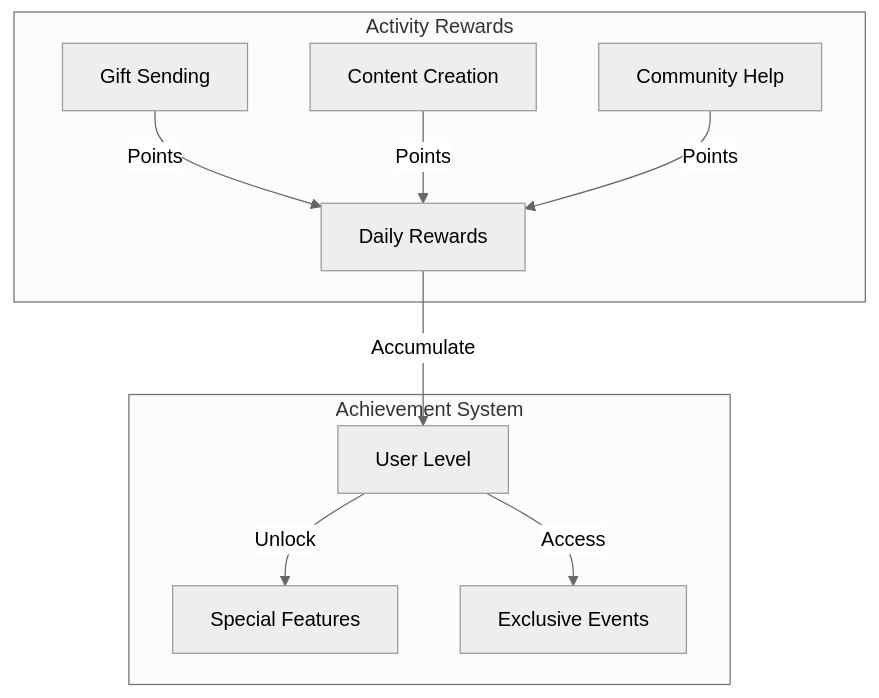
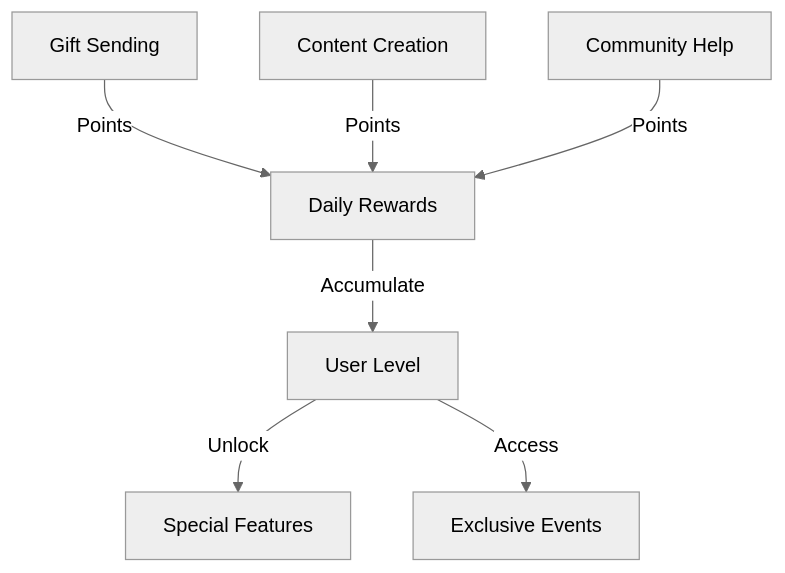
The fourth of 18 diagrams in docs/whitepaper/community-ecosystem.md (MEMEFANS/memefans), drawn with Mermaid (neutral theme) before and after one commit. The commit also changed other lines of this file, not shown here.

Commit message:
fix: simplify mermaid diagrams by removing subgraphs

````diff
--- a/docs/whitepaper/community-ecosystem.md
+++ b/docs/whitepaper/community-ecosystem.md
@@ -83,14 +75,10 @@
 ```mermaid
 graph TD
-    subgraph Activity Rewards
-        GS[Gift Sending] -->|Points| DR[Daily Rewards]
-        CC[Content Creation] -->|Points| DR
-        CH[Community Help] -->|Points| DR
-    end
+    GS[Gift Sending] -->|Points| DR[Daily Rewards]
+    CC[Content Creation] -->|Points| DR
+    CH[Community Help] -->|Points| DR
     
-    subgraph Achievement System
-        DR -->|Accumulate| UL[User Level]
-        UL -->|Unlock| SF[Special Features]
-        UL -->|Access| EE[Exclusive Events]
-    end
+    DR -->|Accumulate| UL[User Level]
+    UL -->|Unlock| SF[Special Features]
+    UL -->|Access| EE[Exclusive Events]
 ```
````
